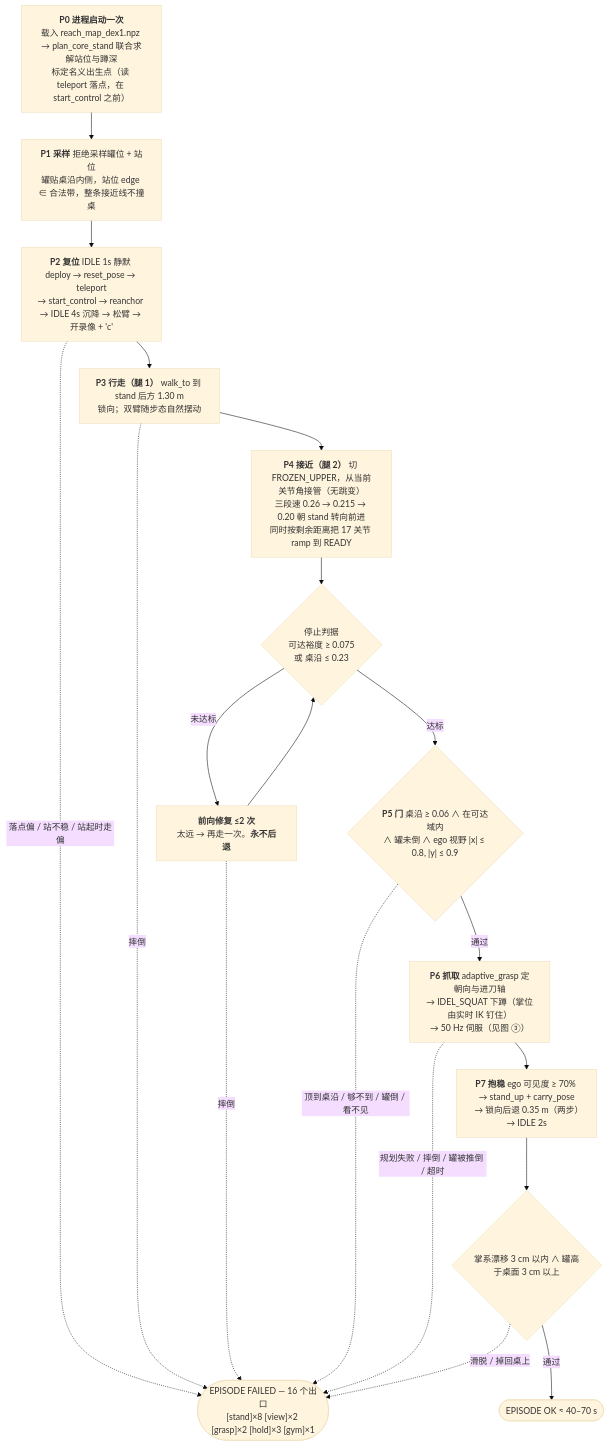
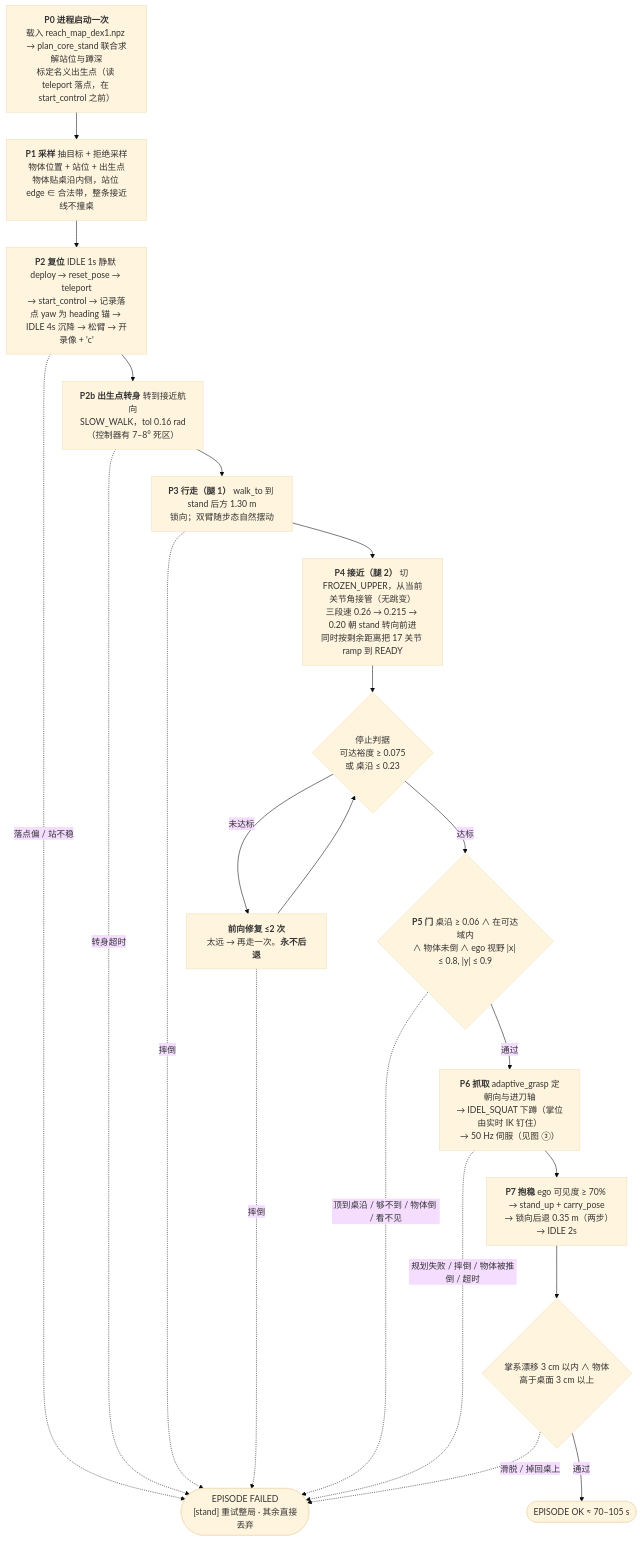
Before and after one commit to yijie21/locomanipulation: the second of 3 diagrams in README.md, drawn with Mermaid (base theme). The commit also changed other lines of this file and 1 other file, not shown here.

````diff
--- a/README.md
+++ b/README.md
@@ -326,28 +643,30 @@
 ```mermaid
 flowchart TD
   P0["<b>P0 进程启动一次</b><br/>载入 reach_map_dex1.npz → plan_core_stand 联合求解站位与蹲深<br/>标定名义出生点（读 teleport 落点，在 start_control 之前）"]
-  P1["<b>P1 采样</b> 拒绝采样罐位 + 站位<br/>罐贴桌沿内侧，站位 edge ∈ 合法带，整条接近线不撞桌"]
-  P2["<b>P2 复位</b> IDLE 1s 静默 deploy → reset_pose → teleport<br/>→ start_control → reanchor → IDLE 4s 沉降 → 松臂 → 开录像 + 'c'"]
+  P1["<b>P1 采样</b> 抽目标 + 拒绝采样物体位置 + 站位 + 出生点<br/>物体贴桌沿内侧，站位 edge ∈ 合法带，整条接近线不撞桌"]
+  P2["<b>P2 复位</b> IDLE 1s 静默 deploy → reset_pose → teleport<br/>→ start_control → 记录落点 yaw 为 heading 锚 → IDLE 4s 沉降 → 松臂 → 开录像 + 'c'"]
+  P2T["<b>P2b 出生点转身</b> 转到接近航向<br/>SLOW_WALK，tol 0.16 rad（控制器有 7–8° 死区）"]
   P3["<b>P3 行走（腿 1）</b> walk_to 到 stand 后方 1.30 m<br/>锁向；双臂随步态自然摆动"]
   P4["<b>P4 接近（腿 2）</b> 切 FROZEN_UPPER，从当前关节角接管（无跳变）<br/>三段速 0.26 → 0.215 → 0.20 朝 stand 转向前进<br/>同时按剩余距离把 17 关节 ramp 到 READY"]
   P4G{"停止判据<br/>可达裕度 ≥ 0.075<br/>或 桌沿 ≤ 0.23"}
   P4R["<b>前向修复 ≤2 次</b><br/>太远 → 再走一次。<b>永不后退</b>"]
-  P5{"<b>P5 门</b> 桌沿 ≥ 0.06 ∧ 在可达域内<br/>∧ 罐未倒 ∧ ego 视野 |x| ≤ 0.8, |y| ≤ 0.9"}
+  P5{"<b>P5 门</b> 桌沿 ≥ 0.06 ∧ 在可达域内<br/>∧ 物体未倒 ∧ ego 视野 |x| ≤ 0.8, |y| ≤ 0.9"}
   P6["<b>P6 抓取</b> adaptive_grasp 定朝向与进刀轴<br/>→ IDEL_SQUAT 下蹲（掌位由实时 IK 钉住）<br/>→ 50 Hz 伺服（见图 ③）"]
   P7["<b>P7 抱稳</b> ego 可见度 ≥ 70% → stand_up + carry_pose<br/>→ 锁向后退 0.35 m（两步）→ IDLE 2s"]
-  P7G{"掌系漂移 3 cm 以内 ∧ 罐高于桌面 3 cm 以上"}
-  OK(["EPISODE OK ≈ 40–70 s"])
-  BAD(["EPISODE FAILED — 16 个出口<br/>[stand]×8 [view]×2 [grasp]×2 [hold]×3 [gym]×1"])
+  P7G{"掌系漂移 3 cm 以内 ∧ 物体高于桌面 3 cm 以上"}
+  OK(["EPISODE OK ≈ 70–105 s"])
+  BAD(["EPISODE FAILED<br/>[stand] 重试整局 · 其余直接丢弃"])
 
-  P0 --> P1 --> P2 --> P3 --> P4 --> P4G
+  P0 --> P1 --> P2 --> P2T --> P3 --> P4 --> P4G
   P4G -- 未达标 --> P4R --> P4G
   P4G -- 达标 --> P5
   P5 -- 通过 --> P6 --> P7 --> P7G
   P7G -- 通过 --> OK
-  P2 -. 落点偏 / 站不稳 / 站起时走偏 .-> BAD
+  P2 -. 落点偏 / 站不稳 .-> BAD
+  P2T -. 转身超时 .-> BAD
   P3 -. 摔倒 .-> BAD
   P4R -. 摔倒 .-> BAD
-  P5 -. 顶到桌沿 / 够不到 / 罐倒 / 看不见 .-> BAD
-  P6 -. 规划失败 / 摔倒 / 罐被推倒 / 超时 .-> BAD
+  P5 -. 顶到桌沿 / 够不到 / 物体倒 / 看不见 .-> BAD
+  P6 -. 规划失败 / 摔倒 / 物体被推倒 / 超时 .-> BAD
   P7G -. 滑脱 / 掉回桌上 .-> BAD
 ```
````
